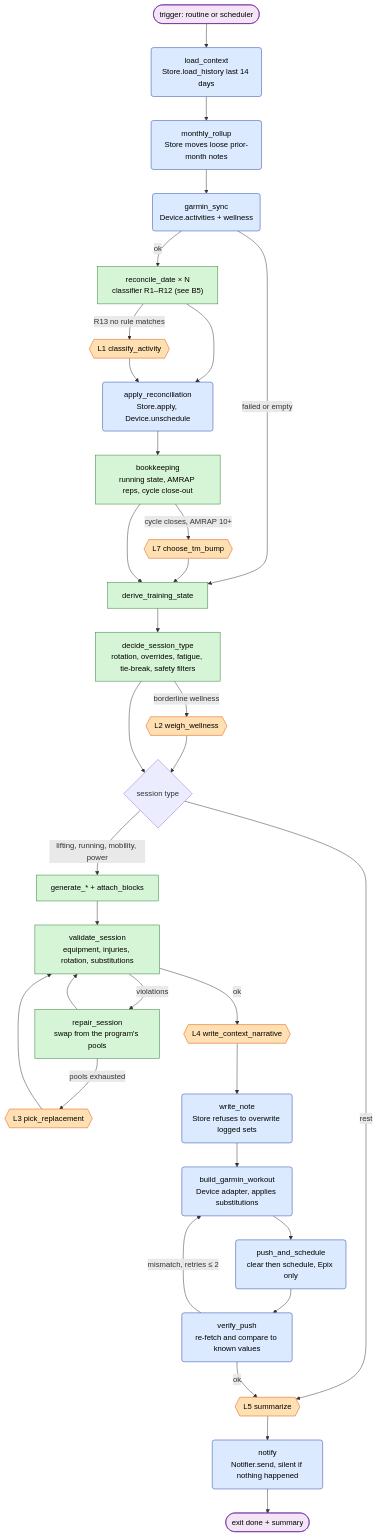
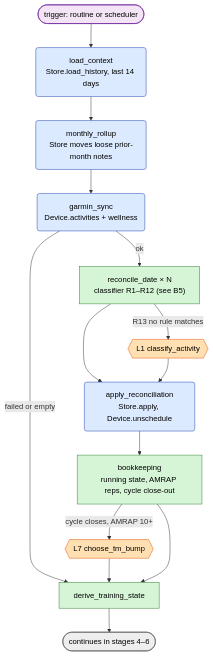
The sixth of 24 diagrams in docs/interaction-flows.md (erevtsov/full-stack-athlete), drawn with Mermaid before and after one commit. The commit also changed other lines of this file, not shown here.

Commit message:
docs: split oversized flow diagrams so they render legibly

````diff
--- a/docs/interaction-flows.md
+++ b/docs/interaction-flows.md
@@ -197,41 +220,22 @@
 ```mermaid
 flowchart TD
     classDef core fill:#d6f5d6,stroke:#2e7d32,color:#000
     classDef orch fill:#eeeeee,stroke:#555,color:#000
     classDef port fill:#dbeafe,stroke:#1e40af,color:#000
     classDef llm fill:#ffe0b2,stroke:#e65100,color:#000
     classDef human fill:#f3e5f5,stroke:#6a1b9a,color:#000
 
-    T(["trigger: routine or scheduler"]):::human --> load("load_context<br/>Store.load_history last 14 days"):::port
+    T(["trigger: routine or scheduler"]):::human --> load("load_context<br/>Store.load_history, last 14 days"):::port
     load --> roll("monthly_rollup<br/>Store moves loose prior-month notes"):::port
     roll --> sync("garmin_sync<br/>Device.activities + wellness"):::port
     sync -->|"ok"| rec["reconcile_date × N<br/>classifier R1–R12 (see B5)"]:::core
     sync -->|"failed or empty"| derive
     rec -->|"R13 no rule matches"| L1{{"L1 classify_activity"}}:::llm
     rec --> apply("apply_reconciliation<br/>Store.apply, Device.unschedule"):::port
     L1 --> apply
     apply --> book["bookkeeping<br/>running state, AMRAP reps, cycle close-out"]:::core
     book -->|"cycle closes, AMRAP 10+"| L7{{"L7 choose_tm_bump"}}:::llm
     L7 --> derive
     book --> derive["derive_training_state"]:::core
-    derive --> decide["decide_session_type<br/>rotation, overrides, fatigue, tie-break, safety filters"]:::core
-    decide -->|"borderline wellness"| L2{{"L2 weigh_wellness"}}:::llm
-    L2 --> route
-    decide --> route{"session type"}
-    route -->|"lifting, running, mobility, power"| gen["generate_* + attach_blocks"]:::core
-    route -->|"rest"| summ
-    gen --> val["validate_session<br/>equipment, injuries, rotation, substitutions"]:::core
-    val -->|"violations"| repair["repair_session<br/>swap from the program's pools"]:::core
-    repair --> val
-    repair -->|"pools exhausted"| L3{{"L3 pick_replacement"}}:::llm
-    L3 --> val
-    val -->|"ok"| L4{{"L4 write_context_narrative"}}:::llm
-    L4 --> write("write_note<br/>Store refuses to overwrite logged sets"):::port
-    write --> build("build_garmin_workout<br/>Device adapter, applies substitutions"):::port
-    build --> push("push_and_schedule<br/>clear then schedule, Epix only"):::port
-    push --> ver("verify_push<br/>re-fetch and compare to known values"):::port
-    ver -->|"mismatch, retries ≤ 2"| build
-    ver -->|"ok"| summ{{"L5 summarize"}}:::llm
-    summ --> notify("notify<br/>Notifier.send, silent if nothing happened"):::port
-    notify --> done(["exit done + summary"]):::human
+    derive --> NEXT(["continues in stages 4–6"]):::orch
 ```
````
